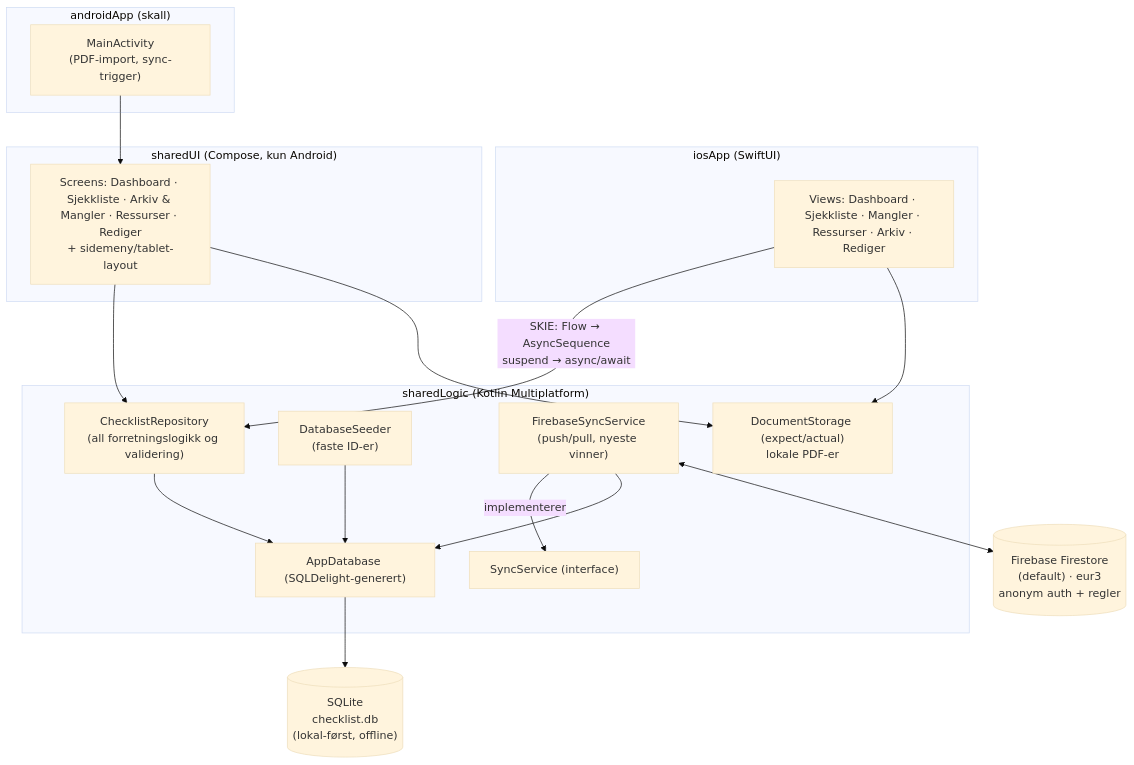
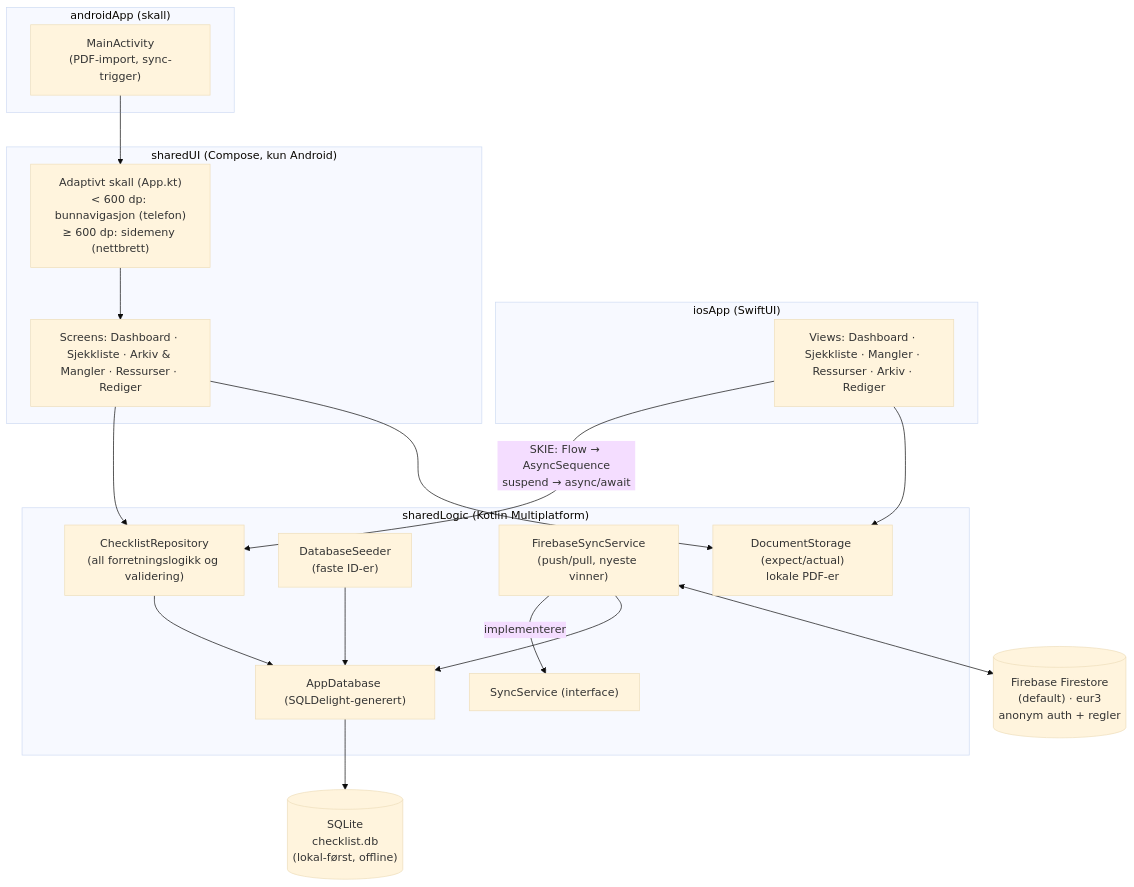
Before and after one commit to Vegardmykle/RedCross-Ambulance: the diagram in diagrams/architecture.md, drawn with Mermaid (base theme). The commit also changed other lines of this file and 4 other files, not shown here.

````diff
--- a/diagrams/architecture.md
+++ b/diagrams/architecture.md
@@ -3,38 +3,40 @@
 ```mermaid
 flowchart TB
     subgraph iOS["iosApp (SwiftUI)"]
         iosViews["Views: Dashboard · Sjekkliste · Mangler · Ressurser · Arkiv · Rediger"]
     end
 
     subgraph Android["androidApp (skall)"]
         activity["MainActivity\n(PDF-import, sync-trigger)"]
     end
 
     subgraph SharedUI["sharedUI (Compose, kun Android)"]
-        composeScreens["Screens: Dashboard · Sjekkliste · Arkiv & Mangler · Ressurser · Rediger\n+ sidemeny/tablet-layout"]
+        composeScreens["Screens: Dashboard · Sjekkliste · Arkiv & Mangler · Ressurser · Rediger"]
+        shells["Adaptivt skall (App.kt)\n< 600 dp: bunnavigasjon (telefon)\n≥ 600 dp: sidemeny (nettbrett)"]
+        shells --> composeScreens
     end
 
     subgraph SharedLogic["sharedLogic (Kotlin Multiplatform)"]
         repo["ChecklistRepository\n(all forretningslogikk og validering)"]
         seeder["DatabaseSeeder\n(faste ID-er)"]
         syncIface["SyncService (interface)"]
         firebaseSync["FirebaseSyncService\n(push/pull, nyeste vinner)"]
         storage["DocumentStorage (expect/actual)\nlokale PDF-er"]
         dbGen["AppDatabase (SQLDelight-generert)"]
     end
 
     sqlite[("SQLite\nchecklist.db\n(lokal-først, offline)")]
     firestore[("Firebase Firestore\n(default) · eur3\nanonym auth + regler")]
 
     iosViews -- "SKIE: Flow → AsyncSequence\nsuspend → async/await" --> repo
-    activity --> composeScreens
+    activity --> shells
     composeScreens --> repo
     repo --> dbGen
     seeder --> dbGen
     firebaseSync -- implementerer --> syncIface
     firebaseSync --> dbGen
     firebaseSync <--> firestore
     dbGen --> sqlite
     iosViews --> storage
     composeScreens --> storage
 ```
````
